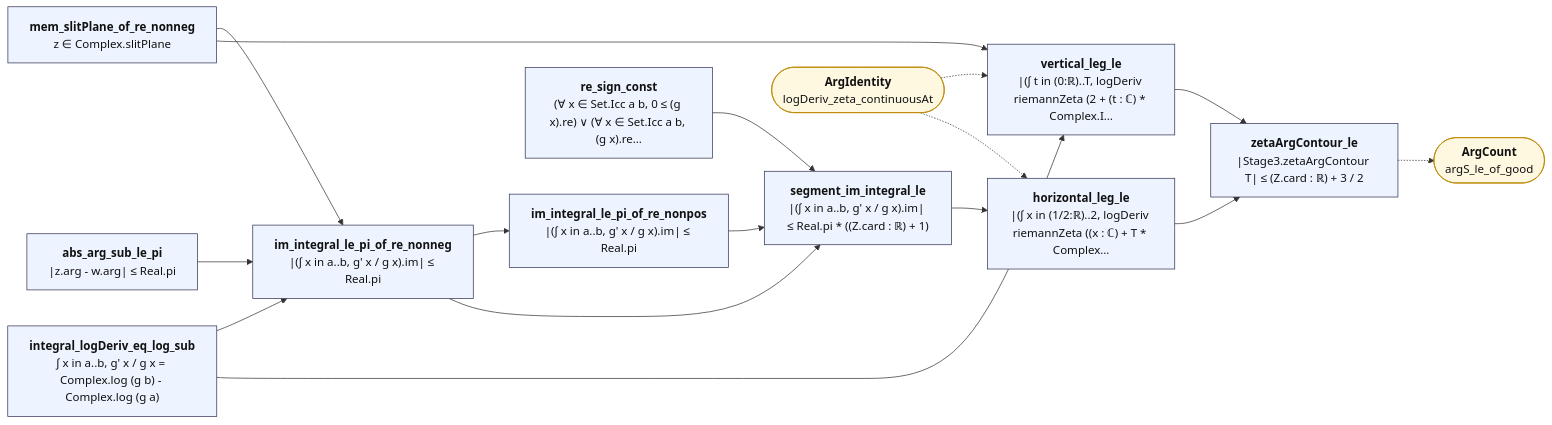
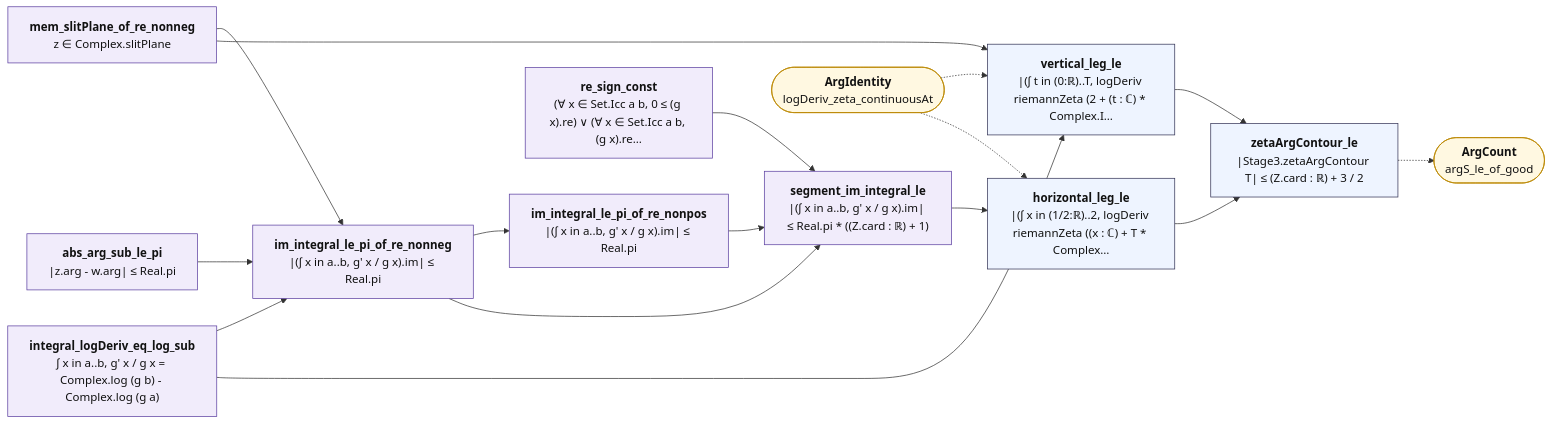
The diagram in map/lean_stage3/ArgLegs.md (juliansambranojr/Primebeat_081426), drawn with Mermaid before and after one commit. The commit also changed other lines of this file and 398 other files, not shown here.

````diff
--- a/map/lean_stage3/ArgLegs.md
+++ b/map/lean_stage3/ArgLegs.md
@@ -12,35 +12,38 @@
 ```mermaid
 flowchart LR
-  n0["<b>abs_arg_sub_le_pi</b><br/>|z.arg - w.arg| ≤ Real.pi"]:::thm
-  n1["<b>mem_slitPlane_of_re_nonneg</b><br/>z ∈ Complex.slitPlane"]:::thm
-  n2["<b>integral_logDeriv_eq_log_sub</b><br/>∫ x in a..b, g' x / g x = Complex.log (g b) - Complex.log (g a)"]:::thm
-  n3["<b>im_integral_le_pi_of_re_nonneg</b><br/>|(∫ x in a..b, g' x / g x).im| ≤ Real.pi"]:::thm
-  n4["<b>im_integral_le_pi_of_re_nonpos</b><br/>|(∫ x in a..b, g' x / g x).im| ≤ Real.pi"]:::thm
-  n5["<b>re_sign_const</b><br/>(∀ x ∈ Set.Icc a b, 0 ≤ (g x).re) ∨ (∀ x ∈ Set.Icc a b, (g x).re…"]:::thm
-  n6["<b>segment_im_integral_le</b><br/>|(∫ x in a..b, g' x / g x).im| ≤ Real.pi * ((Z.card : ℝ) + 1)"]:::thm
+  n0["<b>abs_arg_sub_le_pi</b><br/>|z.arg - w.arg| ≤ Real.pi"]:::shp
+  n1["<b>mem_slitPlane_of_re_nonneg</b><br/>z ∈ Complex.slitPlane"]:::shp
+  n2["<b>integral_logDeriv_eq_log_sub</b><br/>∫ x in a..b, g' x / g x = Complex.log (g b) - Complex.log (g a)"]:::shp
+  n3["<b>im_integral_le_pi_of_re_nonneg</b><br/>|(∫ x in a..b, g' x / g x).im| ≤ Real.pi"]:::shp
+  n4["<b>im_integral_le_pi_of_re_nonpos</b><br/>|(∫ x in a..b, g' x / g x).im| ≤ Real.pi"]:::shp
+  n5["<b>re_sign_const</b><br/>(∀ x ∈ Set.Icc a b, 0 ≤ (g x).re) ∨ (∀ x ∈ Set.Icc a b, (g x).re…"]:::shp
+  n6["<b>segment_im_integral_le</b><br/>|(∫ x in a..b, g' x / g x).im| ≤ Real.pi * ((Z.card : ℝ) + 1)"]:::shp
   n7["<b>vertical_leg_le</b><br/>|(∫ t in (0:ℝ)..T, logDeriv riemannZeta (2 + (t : ℂ) * Complex.I…"]:::thm
   n8["<b>horizontal_leg_le</b><br/>|(∫ x in (1/2:ℝ)..2, logDeriv riemannZeta ((x : ℂ) + T * Complex…"]:::thm
   n9["<b>zetaArgContour_le</b><br/>|Stage3.zetaArgContour T| ≤ (Z.card : ℝ) + 3 / 2"]:::thm
   x0(["<b>ArgIdentity</b><br/>logDeriv_zeta_continuousAt"]):::ext
   x1(["<b>ArgCount</b><br/>argS_le_of_good"]):::ext
   n0 --> n3
   n1 --> n3
   n1 --> n7
   n2 --> n3
   n2 --> n7
   n3 --> n4
   n3 --> n6
   n4 --> n6
   n5 --> n6
   n6 --> n8
   n7 --> n9
   n8 --> n9
   n9 -.-> x1
   x0 -.-> n7
   x0 -.-> n8
+  classDef cnt fill:#dff5ec,stroke:#17694a,color:#111
+  classDef shp fill:#f1ecfb,stroke:#5b3fa0,color:#111
+  classDef rh fill:#ffe5e5,stroke:#c22,color:#111,stroke-width:2px
   classDef thm fill:#eef4ff,stroke:#335,color:#111
   classDef end_ fill:#e7f7e7,stroke:#2a7,color:#111,stroke-width:2px
   classDef lone fill:#fff,stroke:#999,color:#111,stroke-dasharray:4 3
   classDef bad fill:#ffe5e5,stroke:#c22,color:#111,stroke-width:2px
   classDef ext fill:#fff8e1,stroke:#b80,color:#111
 ```
````
